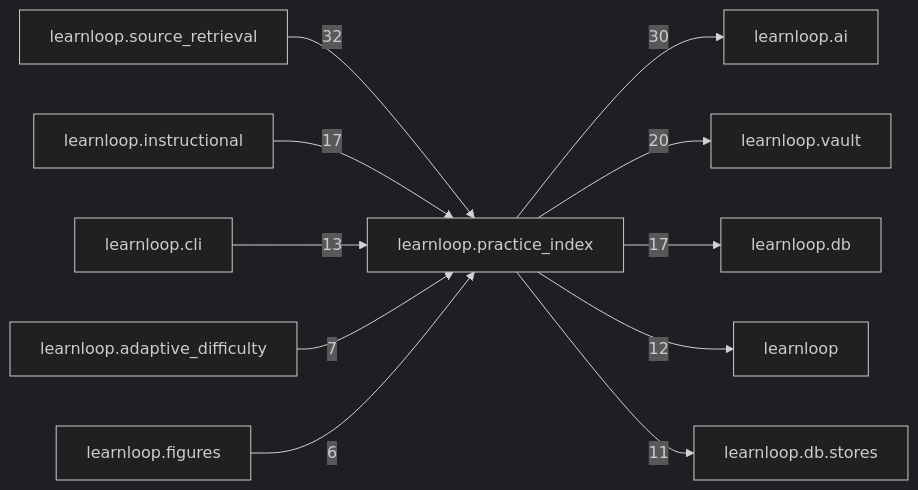
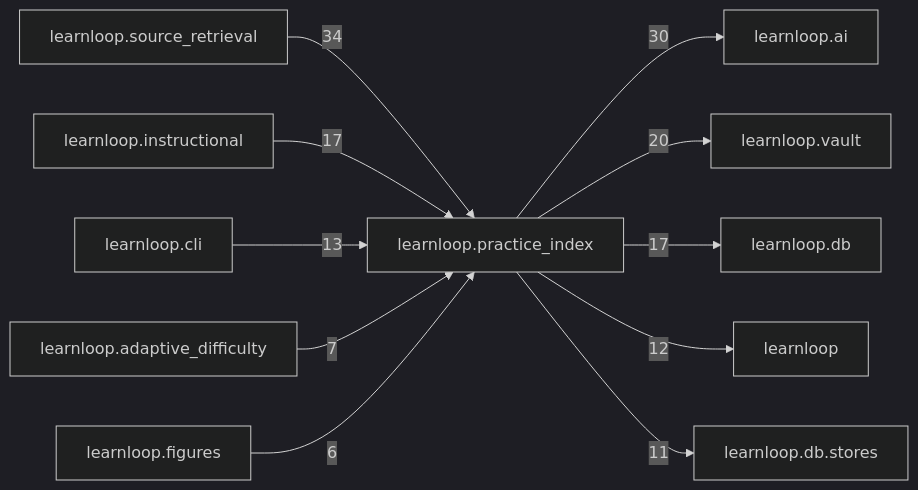
One commit to 6up-b/learnanything changed the diagram in docs/learnloop-architecture-vault/Reference/Modules/learnloop/practice_index/_package.md. Above: the diagram before and after it, drawn with Mermaid (dark theme). The commit also changed other lines of this file and 201 other files, not shown here.

````diff
--- a/docs/learnloop-architecture-vault/Reference/Modules/learnloop/practice_index/_package.md
+++ b/docs/learnloop-architecture-vault/Reference/Modules/learnloop/practice_index/_package.md
@@ -109,24 +109,24 @@
 ```mermaid
 flowchart LR
     center["learnloop.practice_index"]
     n_learnloop_source_retrieval["learnloop.source_retrieval"]
     n_learnloop_ai["learnloop.ai"]
     n_learnloop_vault["learnloop.vault"]
     n_learnloop_db["learnloop.db"]
     n_learnloop_instructional["learnloop.instructional"]
     n_learnloop_cli["learnloop.cli"]
     n_learnloop["learnloop"]
     n_learnloop_db_stores["learnloop.db.stores"]
     n_learnloop_adaptive_difficulty["learnloop.adaptive_difficulty"]
     n_learnloop_figures["learnloop.figures"]
-    n_learnloop_source_retrieval -->|32| center
+    n_learnloop_source_retrieval -->|34| center
     center -->|30| n_learnloop_ai
     center -->|20| n_learnloop_vault
     center -->|17| n_learnloop_db
     n_learnloop_instructional -->|17| center
     n_learnloop_cli -->|13| center
     center -->|12| n_learnloop
     center -->|11| n_learnloop_db_stores
     n_learnloop_adaptive_difficulty -->|7| center
     n_learnloop_figures -->|6| center
 ```
````
